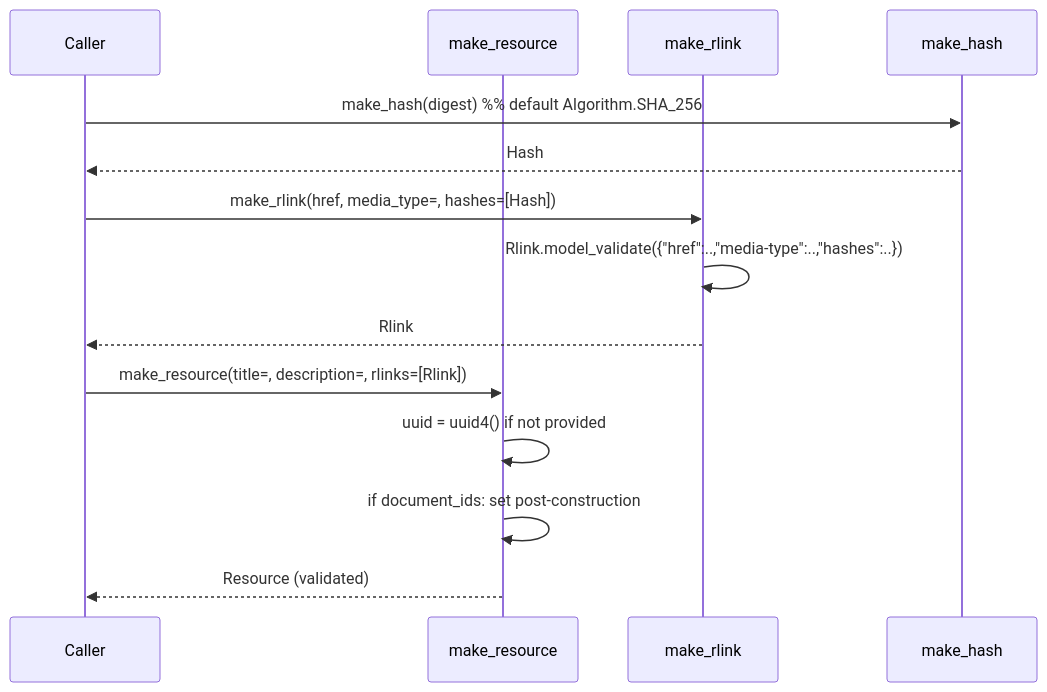
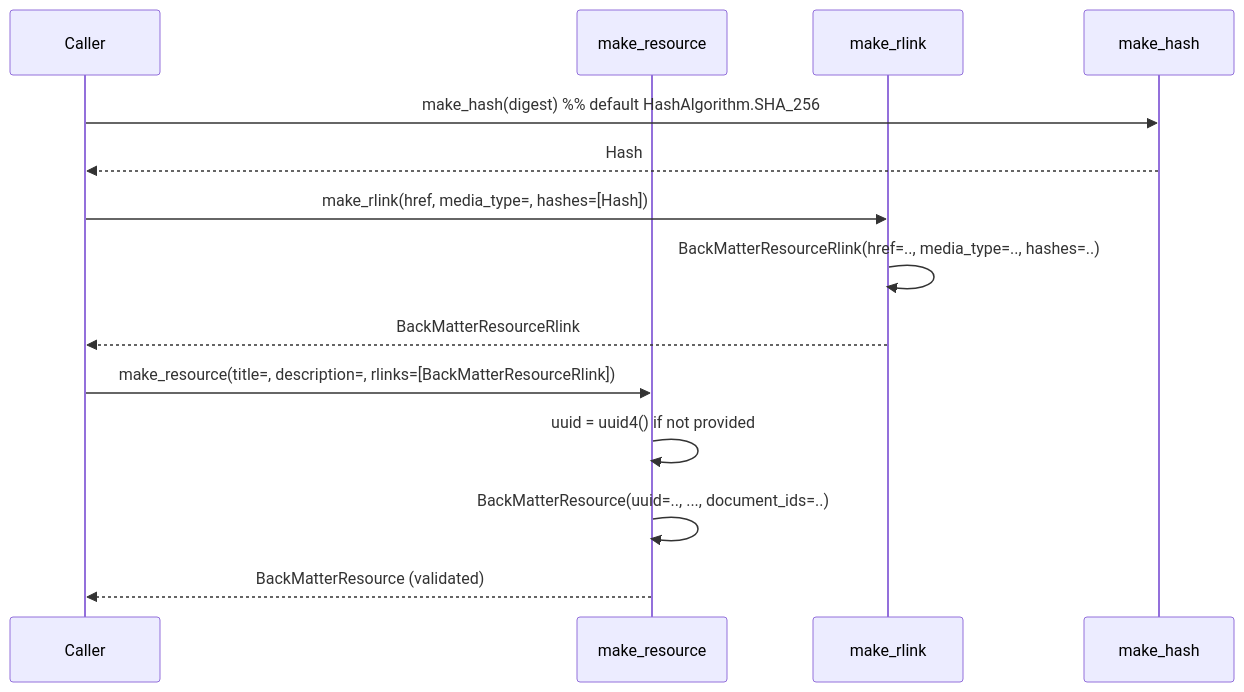
One commit to cairn-proofs/oscal-bindings-python changed the fifth of 7 diagrams in .agents/summary/workflows.md. Above: the diagram before and after it, drawn with Mermaid. The commit also changed other lines of this file and 51 other files, not shown here.

````diff
--- a/.agents/summary/workflows.md
+++ b/.agents/summary/workflows.md
@@ -107,16 +132,16 @@
 ```mermaid
 sequenceDiagram
     participant C as Caller
     participant R as make_resource
     participant L as make_rlink
     participant H as make_hash
-    C->>H: make_hash(digest)          %% default Algorithm.SHA_256
+    C->>H: make_hash(digest)          %% default HashAlgorithm.SHA_256
     H-->>C: Hash
     C->>L: make_rlink(href, media_type=, hashes=[Hash])
-    L->>L: Rlink.model_validate({"href":..,"media-type":..,"hashes":..})
-    L-->>C: Rlink
-    C->>R: make_resource(title=, description=, rlinks=[Rlink])
+    L->>L: BackMatterResourceRlink(href=.., media_type=.., hashes=..)
+    L-->>C: BackMatterResourceRlink
+    C->>R: make_resource(title=, description=, rlinks=[BackMatterResourceRlink])
     R->>R: uuid = uuid4() if not provided
-    R->>R: if document_ids: set post-construction
-    R-->>C: Resource (validated)
+    R->>R: BackMatterResource(uuid=.., ..., document_ids=..)
+    R-->>C: BackMatterResource (validated)
 ```
````
